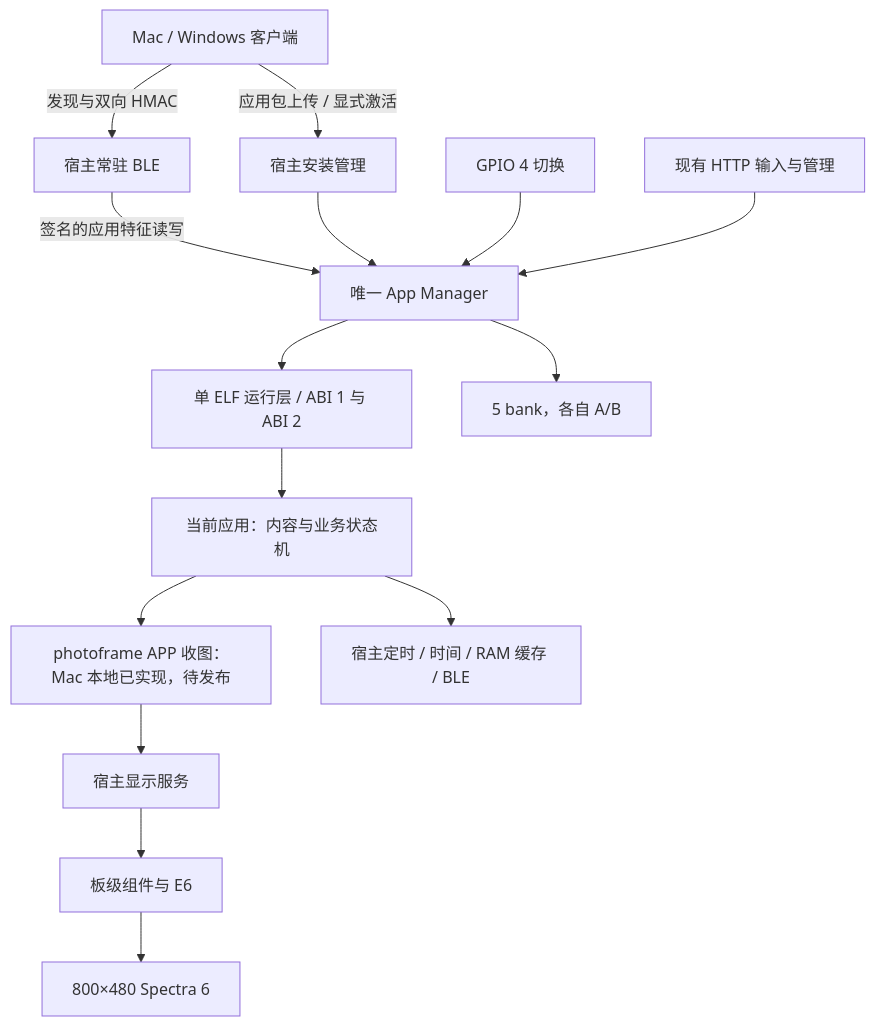
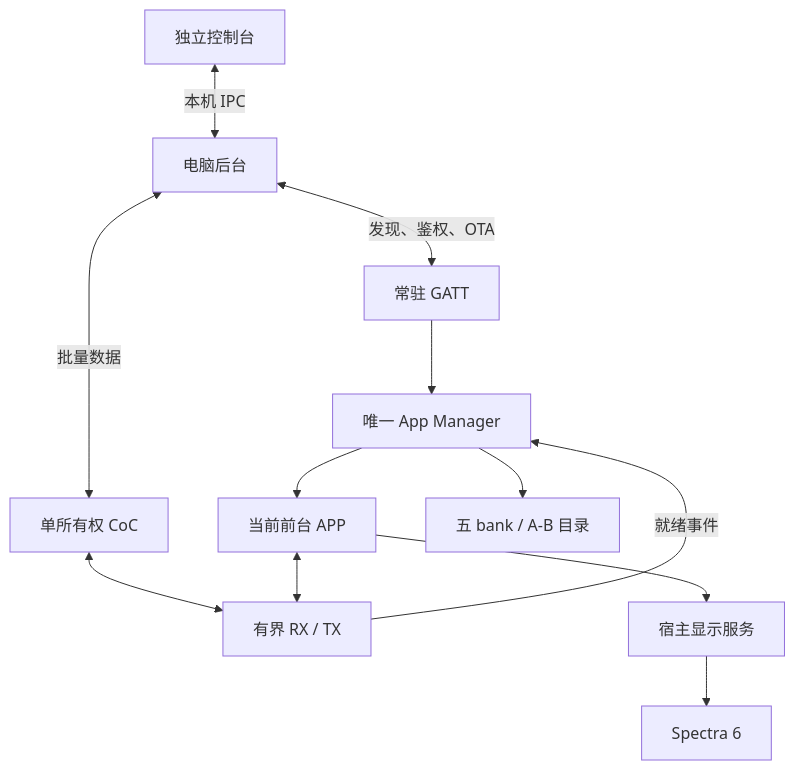
The diagram in wiki/Architecture.md (M1nt-Ch0c0/esp32s3), drawn with Mermaid before and after one commit. The commit also changed other lines of this file and 23 other files, not shown here.

Commit message:
Update Wiki for deployed ABI 2.2 and standalone device console

````diff
--- a/wiki/Architecture.md
+++ b/wiki/Architecture.md
@@ -18,16 +17,13 @@
 ```mermaid
 flowchart TB
-    PC[Mac / Windows 客户端] -->|发现与双向 HMAC| BLE[宿主常驻 BLE]
-    PC -->|应用包上传 / 显式激活| OTA[宿主安装管理]
-    BLE -->|签名的应用特征读写| Manager[唯一 App Manager]
-    OTA --> Manager
-    Key[GPIO 4 切换] --> Manager
-    HTTP[现有 HTTP 输入与管理] --> Manager
-    Manager --> Runtime[单 ELF 运行层 / ABI 1 与 ABI 2]
-    Runtime --> App[当前应用：内容与业务状态机]
-    App --> Rx[photoframe APP 收图：Mac 本地已实现，待发布]
-    Rx --> Display[宿主显示服务]
-    App --> Services[宿主定时 / 时间 / RAM 缓存 / BLE]
-    Display --> Board[板级组件与 E6] --> Panel[800×480 Spectra 6]
-    Manager --> Catalog[5 bank，各自 A/B]
+    Console[独立控制台] <-->|本机 IPC| PC[电脑后台]
+    PC <-->|发现、鉴权、OTA| GATT[常驻 GATT]
+    PC <-->|批量数据| CoC[单所有权 CoC]
+    GATT --> Manager[唯一 App Manager]
+    CoC <--> Queue[有界 RX / TX]
+    Queue -->|就绪事件| Manager
+    Manager --> APP[当前前台 APP]
+    APP <--> Queue
+    APP --> Display[宿主显示服务] --> Panel[Spectra 6]
+    Manager --> Catalog[五 bank / A-B 目录]
 ```
````
